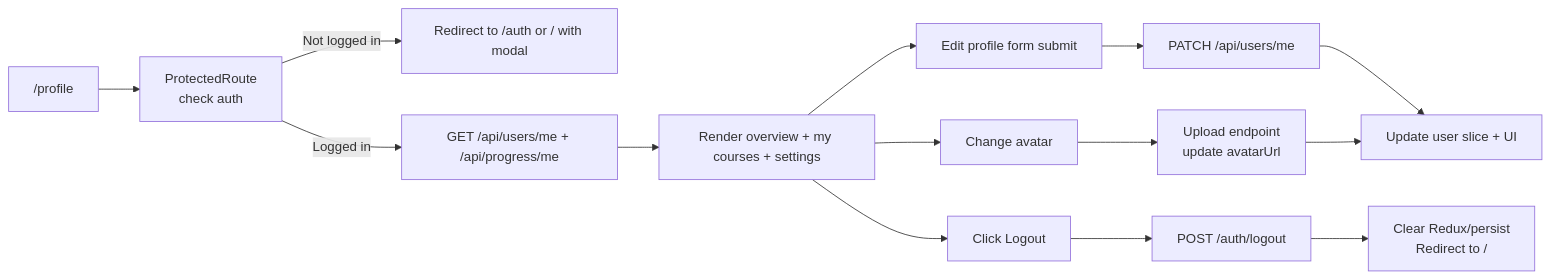
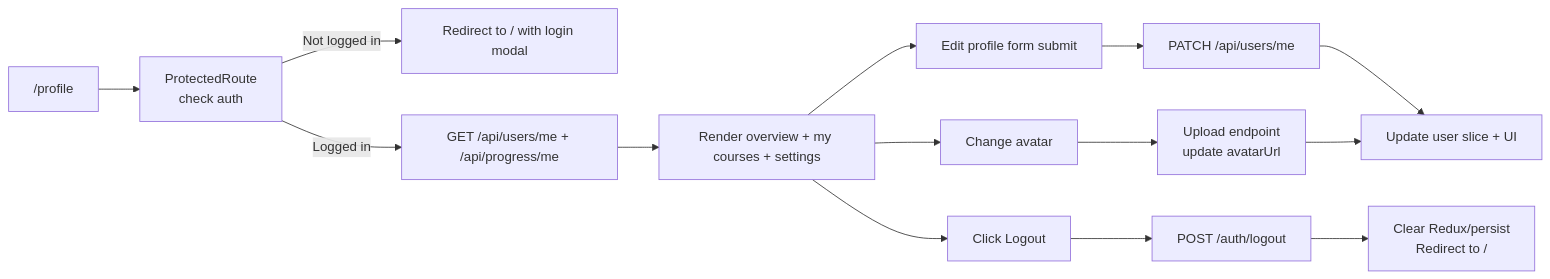
One commit to annnsvm/buero.de changed the fifth of 7 diagrams in buero-frontend/docs/frontend-flows.md. Above: the diagram before and after it, drawn with Mermaid. The commit also changed other lines of this file and 10 other files, not shown here.

````diff
--- a/buero-frontend/docs/frontend-flows.md
+++ b/buero-frontend/docs/frontend-flows.md
@@ -235,19 +235,19 @@
 ```mermaid
 flowchart LR
   A["/profile"] --> B[ProtectedRoute<br/>check auth]
-  B -->|Not logged in| C[Redirect to /auth or / with modal]
+  B -->|Not logged in| C[Redirect to / with login modal]
   B -->|Logged in| D[GET /api/users/me + /api/progress/me]
   D --> E[Render overview + my courses + settings]
 
   E --> F[Edit profile form submit]
   F --> G[PATCH /api/users/me]
   G --> H[Update user slice + UI]
 
   E --> I[Change avatar]
   I --> J[Upload endpoint<br/>update avatarUrl]
   J --> H
 
   E --> K[Click Logout]
   K --> L[POST /auth/logout]
   L --> M[Clear Redux/persist<br/>Redirect to /]
 ```
````
